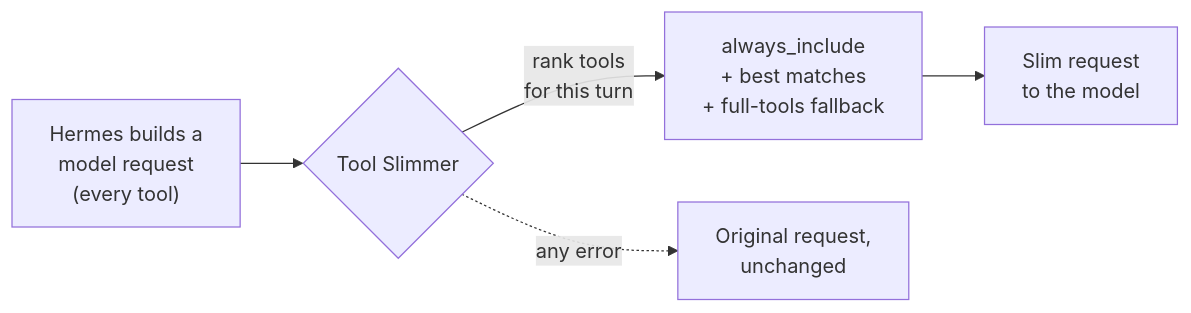
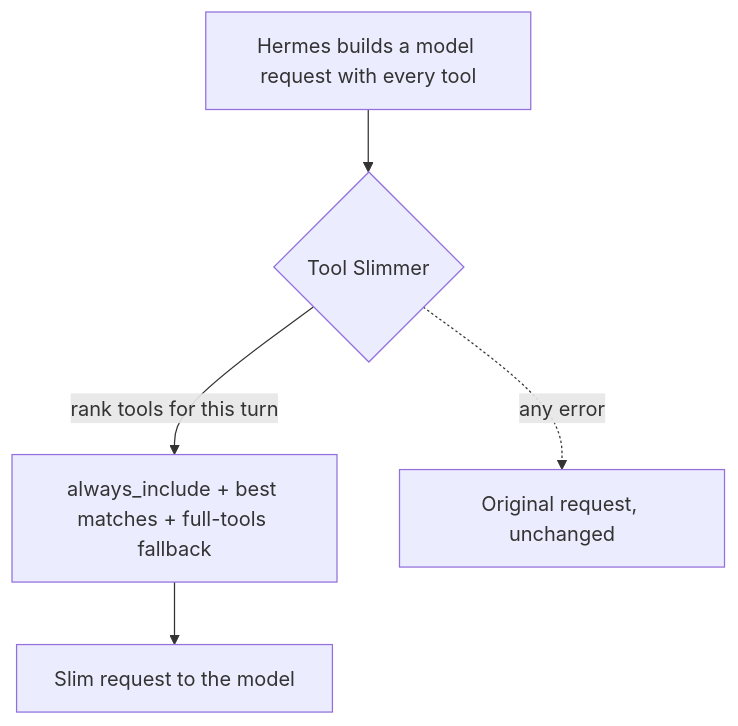
The diagram in README.md (aliasocracy/hermes-tool-slimmer), drawn with Mermaid before and after one commit. The commit also changed other lines of this file, not shown here.

Commit message:
Tidy the README numbers table and draw the flow top-down (#9)

````diff
--- a/README.md
+++ b/README.md
@@ -150,7 +152,7 @@
 ```mermaid
-flowchart LR
-    A["Hermes builds a<br/>model request<br/>(every tool)"] --> B{"Tool Slimmer"}
-    B -- "rank tools<br/>for this turn" --> C["always_include<br/>+ best matches<br/>+ full-tools fallback"]
-    C --> D["Slim request<br/>to the model"]
-    B -. "any error" .-> E["Original request,<br/>unchanged"]
+flowchart TD
+    A["Hermes builds a model request with every tool"] --> B{"Tool Slimmer"}
+    B -- "rank tools for this turn" --> C["always_include + best matches + full-tools fallback"]
+    B -. "any error" .-> E["Original request, unchanged"]
+    C --> D["Slim request to the model"]
 ```
````
